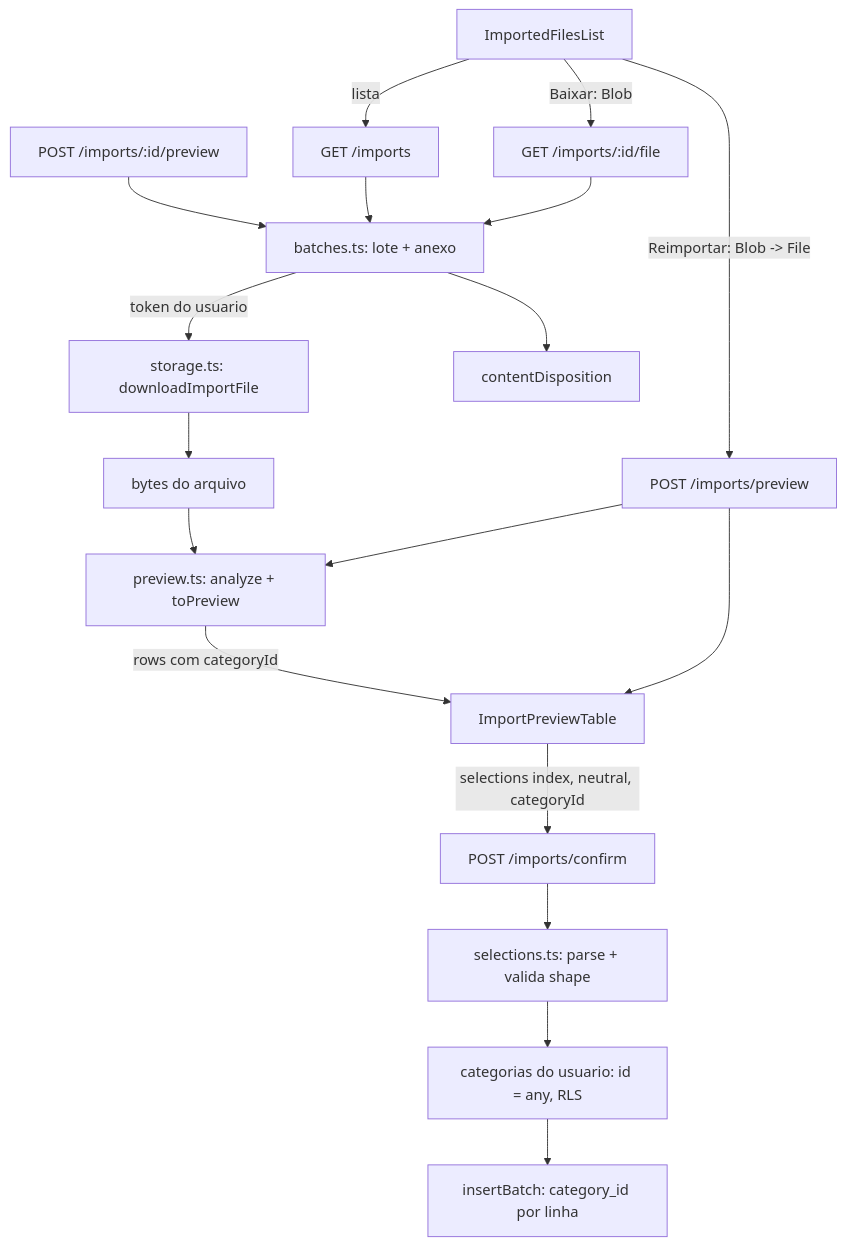
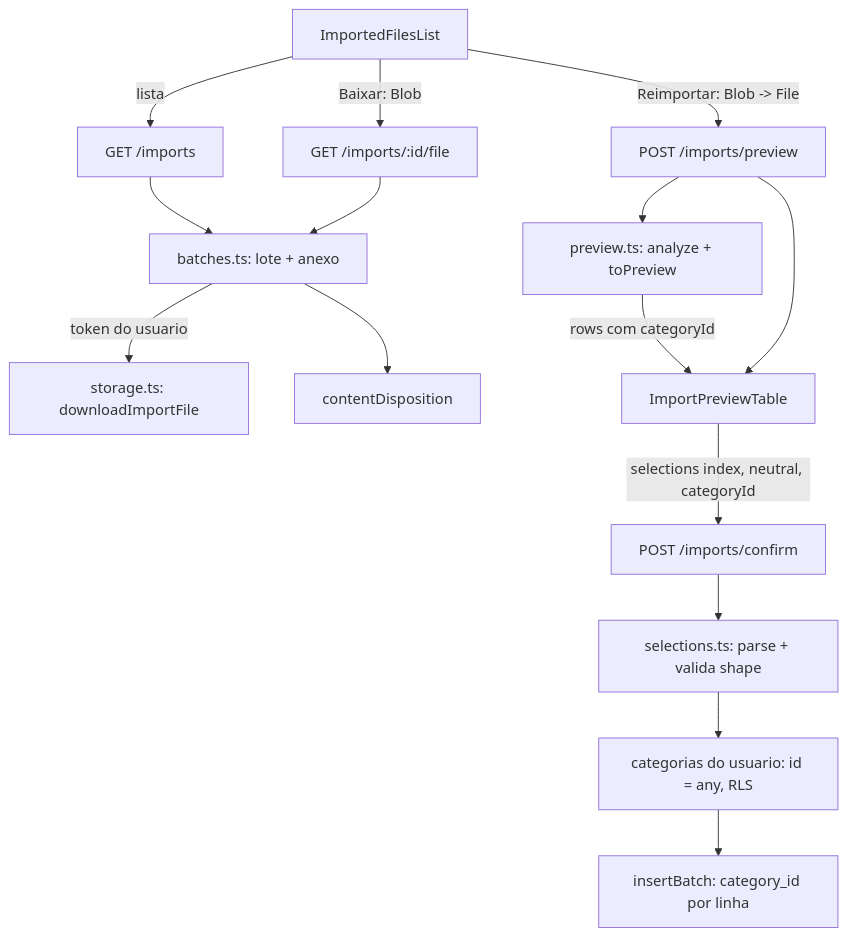
One commit to gabrielauzier/financials changed the diagram in .specs/features/import-improvements/design.md. Above: the diagram before and after it, drawn with Mermaid. The commit also changed other lines of this file and 2 other files, not shown here.

First line of the commit message:
docs(import-improvements): drop the stored-batch preview endpoint

````diff
--- a/.specs/features/import-improvements/design.md
+++ b/.specs/features/import-improvements/design.md
@@ -21,20 +21,17 @@
 ```mermaid
 graph TD
     UP[POST /imports/preview] --> AN[preview.ts: analyze + toPreview]
-    BP[POST /imports/:id/preview] --> BT[batches.ts: lote + anexo]
-    BT -->|token do usuario| ST[storage.ts: downloadImportFile]
-    ST --> BP2[bytes do arquivo]
-    BP2 --> AN
+    BT[batches.ts: lote + anexo] -->|token do usuario| ST[storage.ts: downloadImportFile]
     AN -->|rows com categoryId| WEB[ImportPreviewTable]
     WEB -->|selections index, neutral, categoryId| CF[POST /imports/confirm]
     CF --> SEL[selections.ts: parse + valida shape]
     SEL --> CV[categorias do usuario: id = any, RLS]
     CV --> IB[insertBatch: category_id por linha]
     LS[GET /imports] --> BT
     FL[GET /imports/:id/file] --> BT
     BT --> DISP[contentDisposition]
     WEB2[ImportedFilesList] -->|lista| LS
     WEB2 -->|Baixar: Blob| FL
     WEB2 -->|Reimportar: Blob -> File| UP
     UP --> WEB
 ```
````
